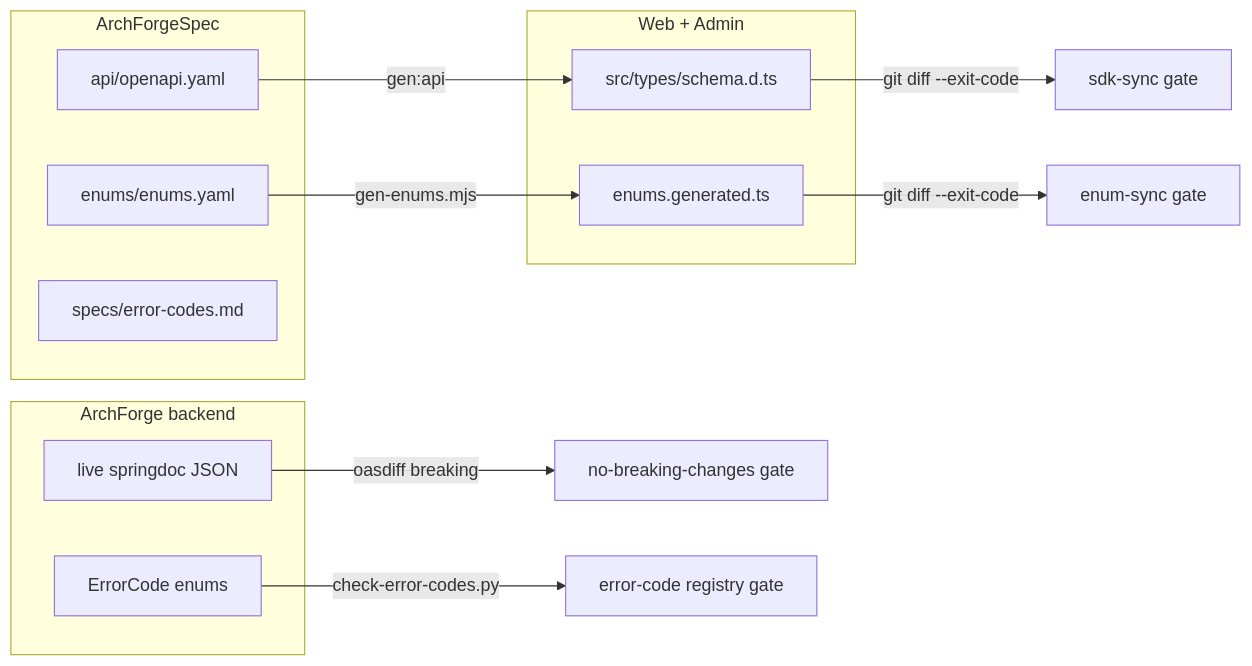
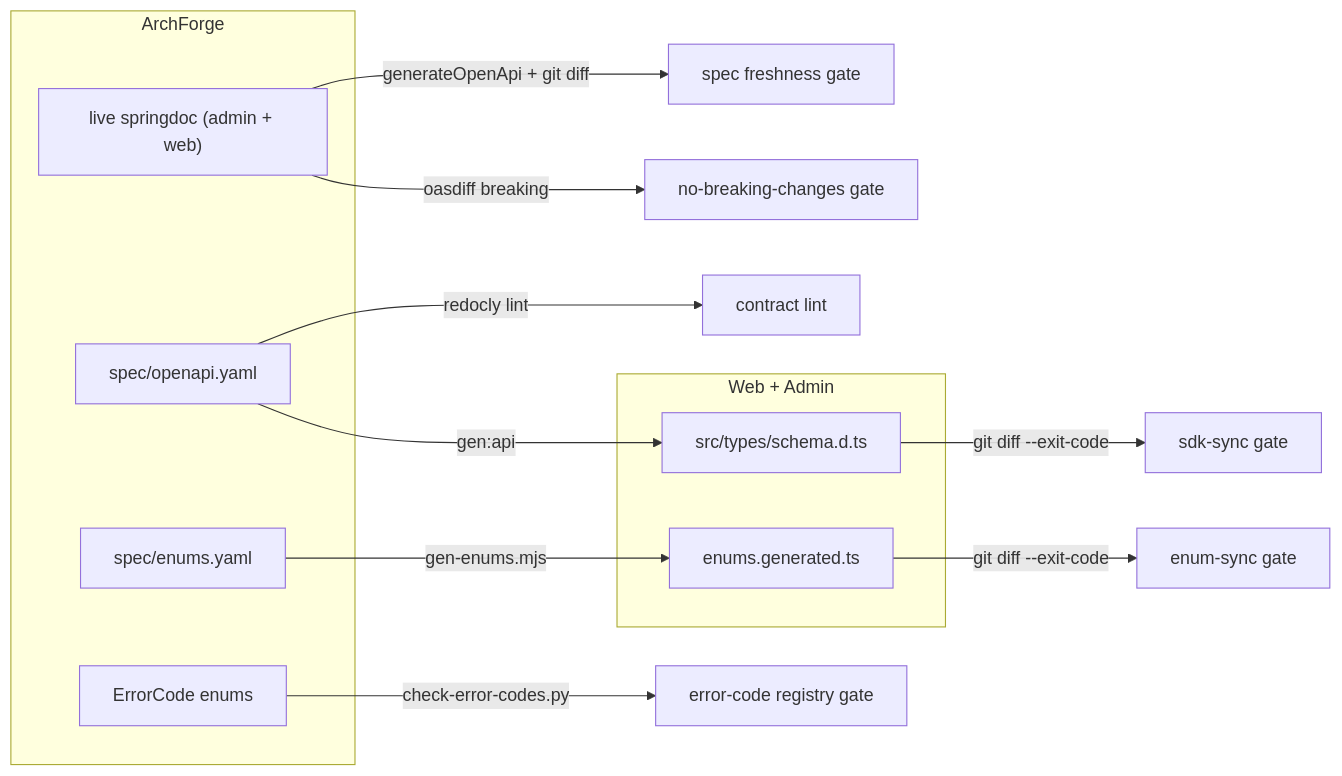
The fourth of 5 diagrams in docs/guide/architecture.md (sofn/ArchForgeDocs), drawn with Mermaid before and after one commit. The commit also changed other lines of this file and 37 other files, not shown here.

````diff
--- a/docs/guide/architecture.md
+++ b/docs/guide/architecture.md
@@ -109,23 +110,22 @@
 ```mermaid
 flowchart LR
-  subgraph spec["ArchForgeSpec"]
-    OAS["api/openapi.yaml"]
-    ENUMS["enums/enums.yaml"]
-    ERRC["specs/error-codes.md"]
-  end
-  subgraph be["ArchForge backend"]
-    LIVE["live springdoc JSON"]
+  subgraph be["ArchForge"]
+    LIVE["live springdoc (admin + web)"]
+    OAS["spec/openapi.yaml"]
+    ENUMS["spec/enums.yaml"]
     CODES["ErrorCode enums"]
   end
   subgraph fe["Web + Admin"]
     SDKT["src/types/schema.d.ts"]
     ENUMTS["enums.generated.ts"]
   end
 
+  LIVE -->|"generateOpenApi + git diff"| GATE0["spec freshness gate"]
+  LIVE -->|"oasdiff breaking"| GATE3["no-breaking-changes gate"]
+  OAS -->|"redocly lint"| GATE5["contract lint"]
   OAS -->|"gen:api"| SDKT
   ENUMS -->|"gen-enums.mjs"| ENUMTS
   SDKT -->|"git diff --exit-code"| GATE1["sdk-sync gate"]
   ENUMTS -->|"git diff --exit-code"| GATE2["enum-sync gate"]
-  LIVE -->|"oasdiff breaking"| GATE3["no-breaking-changes gate"]
   CODES -->|"check-error-codes.py"| GATE4["error-code registry gate"]
 ```
````
